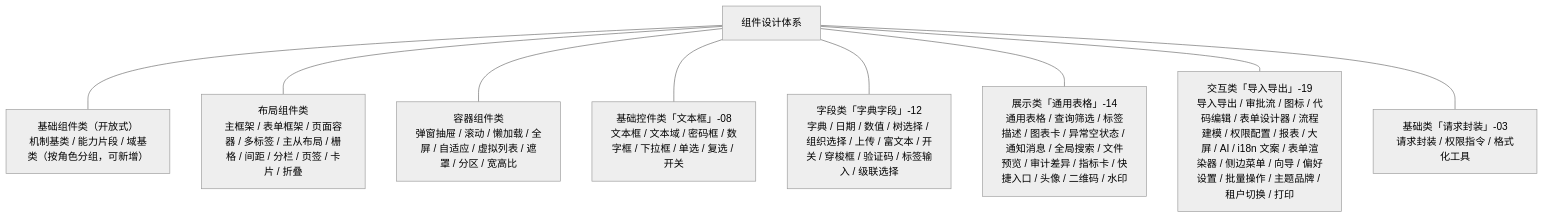
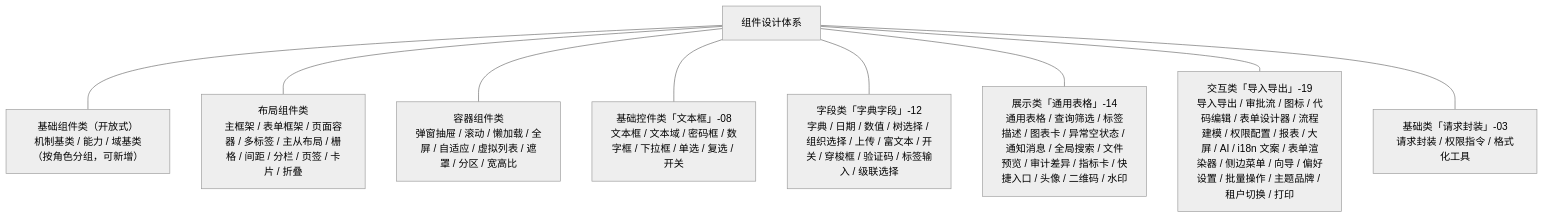
The diagram in bms文档/设计/组件设计/01_组件设计_总览.md (minjian123/basic-management-system), drawn with Mermaid (neutral theme) before and after one commit. The commit also changed other lines of this file and 274 other files, not shown here.

````diff
--- a/bms文档/设计/组件设计/01_组件设计_总览.md
+++ b/bms文档/设计/组件设计/01_组件设计_总览.md
@@ -194,20 +194,20 @@
 ```mermaid
 graph TD
     ROOT["组件设计体系"]
-    BASE["基础组件类（开放式）<br/>机制基类 / 能力片段 / 域基类（按角色分组，可新增）"]
+    BASE["基础组件类（开放式）<br/>机制基类 / 能力 / 域基类（按角色分组，可新增）"]
     LAY["布局组件类<br/>主框架 / 表单框架 / 页面容器 / 多标签 / 主从布局 / 栅格 / 间距 / 分栏 / 页签 / 卡片 / 折叠"]
     BOX["容器组件类<br/>弹窗抽屉 / 滚动 / 懒加载 / 全屏 / 自适应 / 虚拟列表 / 遮罩 / 分区 / 宽高比"]
     CTRL["基础控件类「文本框」-08<br/>文本框 / 文本域 / 密码框 / 数字框 / 下拉框 / 单选 / 复选 / 开关"]
     F["字段类「字典字段」-12<br/>字典 / 日期 / 数值 / 树选择 / 组织选择 / 上传 / 富文本 / 开关 / 穿梭框 / 验证码 / 标签输入 / 级联选择"]
     D["展示类「通用表格」-14<br/>通用表格 / 查询筛选 / 标签描述 / 图表卡 / 异常空状态 / 通知消息 / 全局搜索 / 文件预览 / 审计差异 / 指标卡 / 快捷入口 / 头像 / 二维码 / 水印"]
     I["交互类「导入导出」-19<br/>导入导出 / 审批流 / 图标 / 代码编辑 / 表单设计器 / 流程建模 / 权限配置 / 报表 / 大屏 / AI / i18n 文案 / 表单渲染器 / 侧边菜单 / 向导 / 偏好设置 / 批量操作 / 主题品牌 / 租户切换 / 打印"]
     B["基础类「请求封装」-03<br/>请求封装 / 权限指令 / 格式化工具"]
     ROOT --- BASE
     ROOT --- LAY
     ROOT --- BOX
     ROOT --- CTRL
     ROOT --- F
     ROOT --- D
     ROOT --- I
     ROOT --- B
 ```
````
